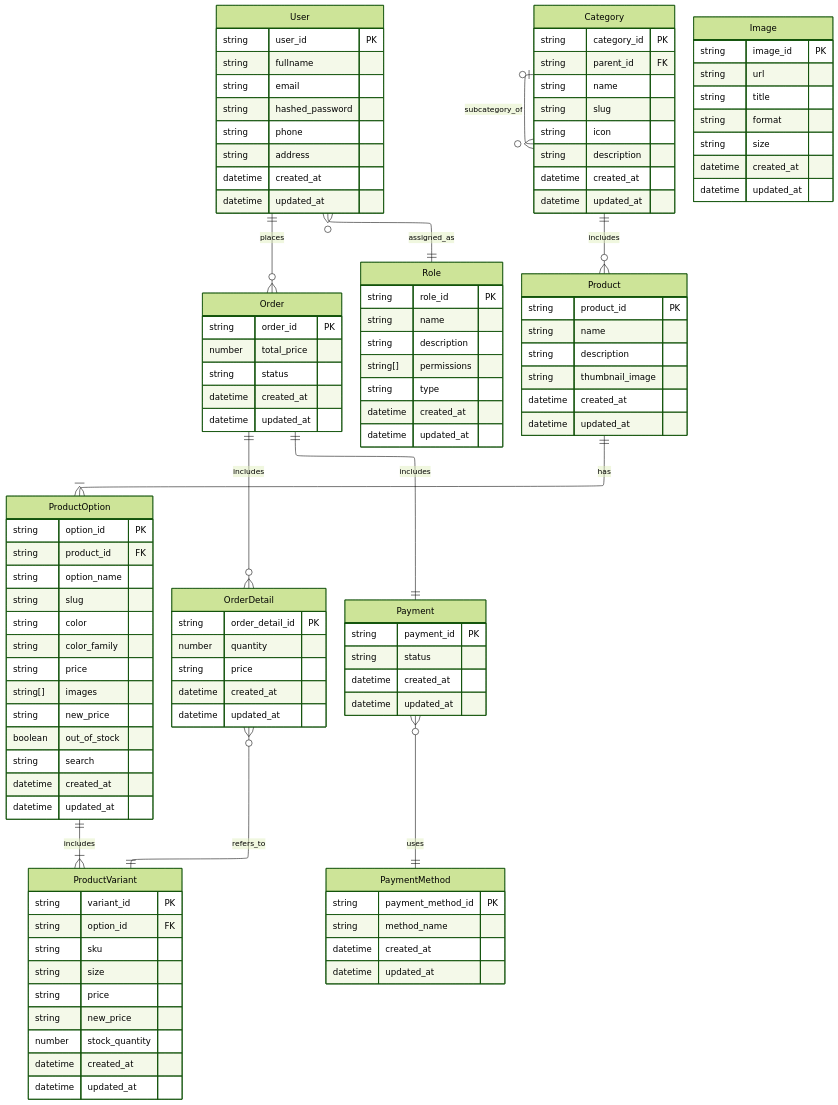
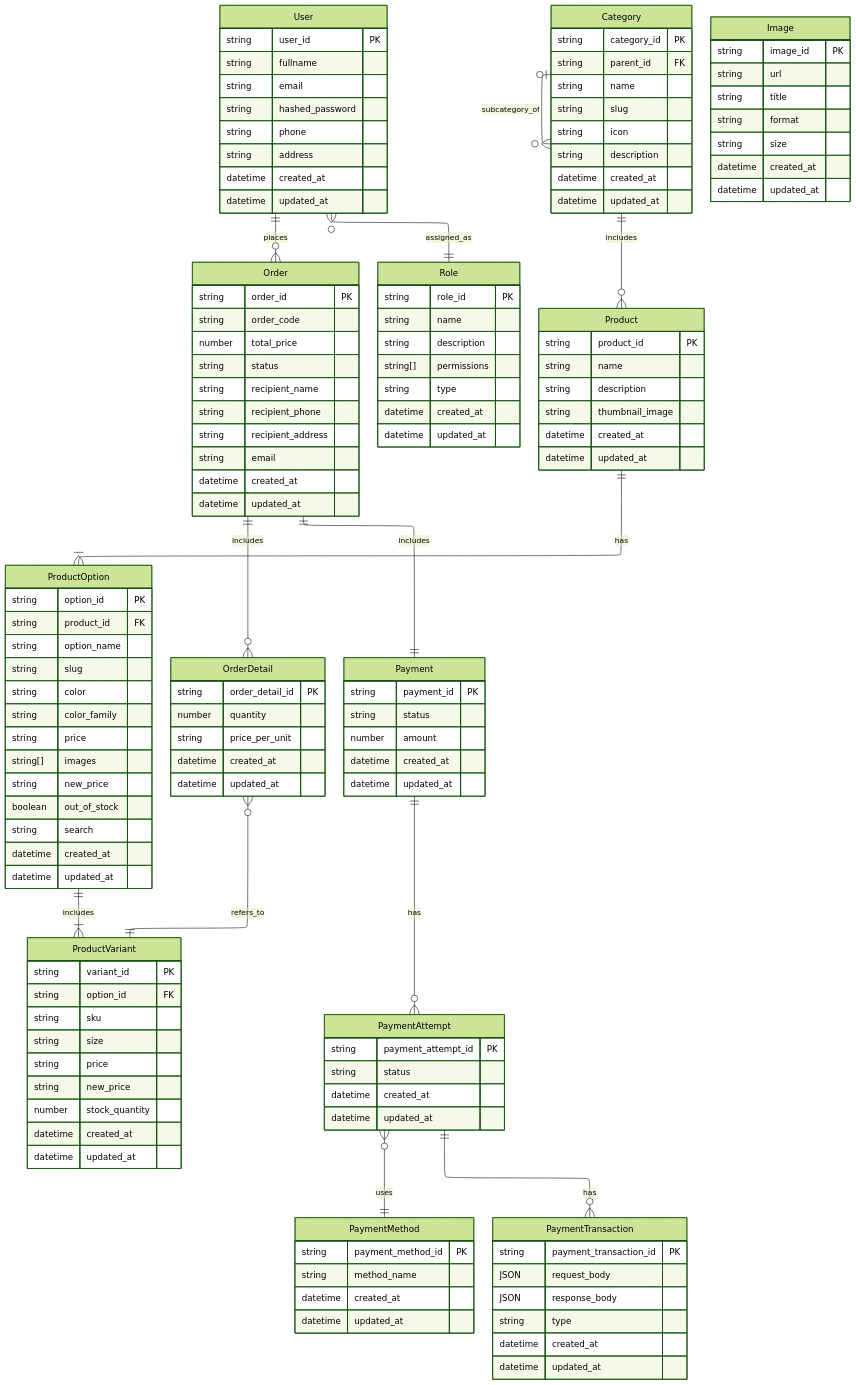
One commit to ariesanhthu/AI4STYLE changed the diagram in src/backend/database.mmd. Above: the diagram before and after it, drawn with Mermaid. The commit also changed 2 other files, not shown here.

```diff
--- a/src/backend/database.mmd
+++ b/src/backend/database.mmd
@@ -1,150 +1,169 @@
 ---
 Diagram type:
     SIMPLE
     LINEAR_SEGMENTS
     NETWORK_SIMPLEX
     BRANCHES_KOEPF (default)
 config:
     layout: elk
     elk:
         nodePlacementStrategy: BRANCHES_KOEPF
     arrowMarkerAbsolute: true
     theme: forest
 ---
 erDiagram
     %% Relationships
     User ||--o{ Order : places
     User }o--|| Role : assigned_as
     Product ||--|{ ProductOption : has
     ProductOption ||--|{ ProductVariant : includes
     %% Product ||--o{ ProductCategory : categorized_as
     %% Image }o--|| Product : "depicts thumbnail"
     %% Image }o--|| ProductOption : "depicts"
 
     Category ||--o{ Product : includes
     %% Category ||--o{ ProductCategory : includes
     Category |o--o{ Category : subcategory_of
 
 
     Order ||--o{ OrderDetail : includes
     OrderDetail }o--|| ProductVariant : refers_to
     Order ||--|| Payment : includes
-    Payment }o--|| PaymentMethod : uses
+    PaymentAttempt }o--|| PaymentMethod : uses
+    Payment ||--o{ PaymentAttempt : has
+    PaymentAttempt ||--o{ PaymentTransaction : has
 
     %% Entities
     User {
         string user_id PK
         string fullname
         string email
         string hashed_password
         string phone
         string address
         datetime created_at
         datetime updated_at
     }
 
     Role {
         string role_id PK
         string name
         string description 
         string[] permissions
         string type
         datetime created_at
         datetime updated_at
     }
 
     Product {
         string product_id PK
         string name
         string description
         string thumbnail_image
         datetime created_at
         datetime updated_at
     }
 
     ProductOption {
         string option_id PK
         string product_id FK
         string option_name
         string slug
         string color
         string color_family
         string price
         string[] images
         string new_price
         boolean out_of_stock
         string search
         datetime created_at
         datetime updated_at
     }
 
     ProductVariant {
         string variant_id PK
         string option_id FK
         string sku 
         string size
         string price
         string new_price
         number stock_quantity
         datetime created_at
         datetime updated_at
     }
 
-    %% ProductCategory {
-    %%     string product_id FK
-    %%     string category_id FK
-    %% }
-
     Category {
         string category_id PK
         string parent_id FK
         string name
         string slug
         string icon
         string description
         datetime created_at
         datetime updated_at
     }
 
     Image {
         string image_id PK
         string url
         string title
         string format
         string size
         datetime created_at
         datetime updated_at
     }
 
     OrderDetail {
         string order_detail_id PK
         number quantity
-        string price
+        string price_per_unit
         datetime created_at
         datetime updated_at
     }
 
     Order {
         string order_id PK
+        string order_code
         number total_price
         string status
+        string recipient_name
+        string recipient_phone
+        string recipient_address
+        string email
         datetime created_at
         datetime updated_at
     }  
 
     Payment {
         string payment_id PK
         string status
+        number amount
+        datetime created_at
+        datetime updated_at
+    }
+
+    PaymentAttempt {
+        string payment_attempt_id PK
+        string status
+        datetime created_at
+        datetime updated_at
+    }
+
+    PaymentTransaction {
+        string payment_transaction_id PK
+        JSON request_body
+        JSON response_body
+        string type
         datetime created_at
         datetime updated_at
     }
 
     PaymentMethod {
         string payment_method_id PK
         string method_name
         datetime created_at
         datetime updated_at
     }
     %% Base
 
     %% Additional
```
